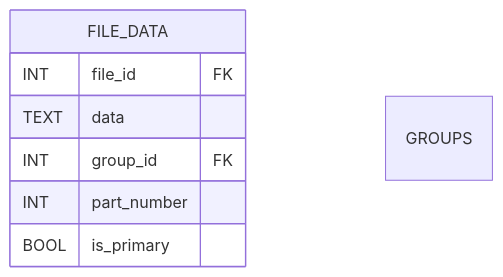
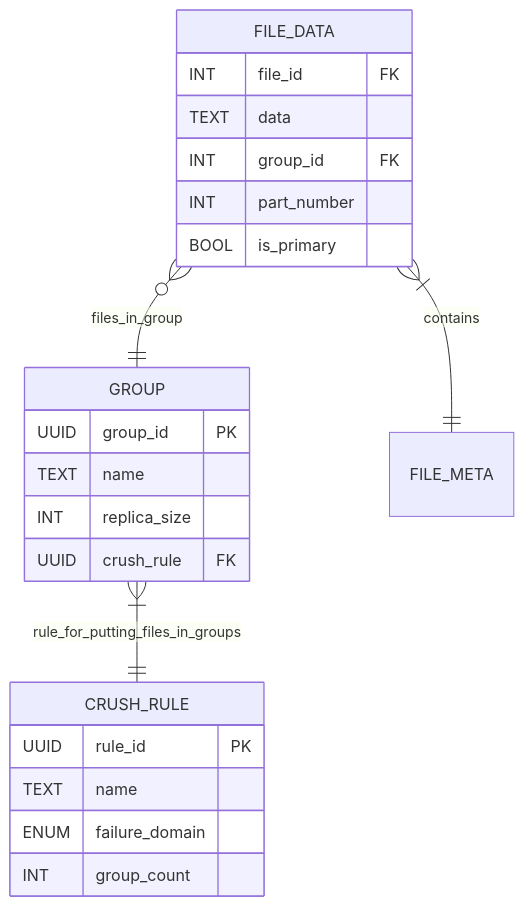
One commit to SlashLight/highload-cloud changed the fourth of 4 diagrams in README.md. Above: the diagram before and after it, drawn with Mermaid.

Commit message:
Добавил физическую схему S3 хранилища

````diff
--- a/README.md
+++ b/README.md
@@ -358,14 +358,29 @@
 ```mermaid
 erDiagram
 
     FILE_DATA{
         INT file_id FK
         TEXT data
         INT group_id FK
         INT part_number
         BOOL is_primary
     }
 
-    GROUPS
+    GROUP{
+        UUID group_id PK
+        TEXT name
+        INT replica_size
+        UUID crush_rule FK
+    }
 
+    CRUSH_RULE {
+        UUID rule_id PK
+        TEXT name
+        ENUM failure_domain
+        INT group_count
+    }
+
+FILE_DATA |{--|| FILE_META : contains
+FILE_DATA o{--|| GROUP : files_in_group
+GROUP |{--|| CRUSH_RULE : rule_for_putting_files_in_groups
 ```
````
